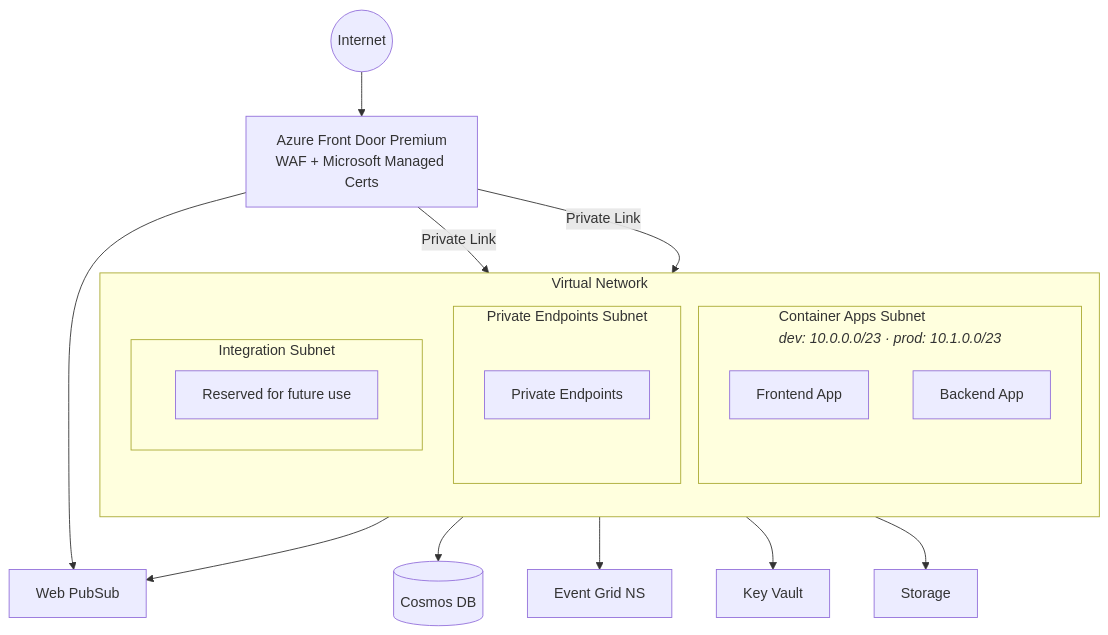
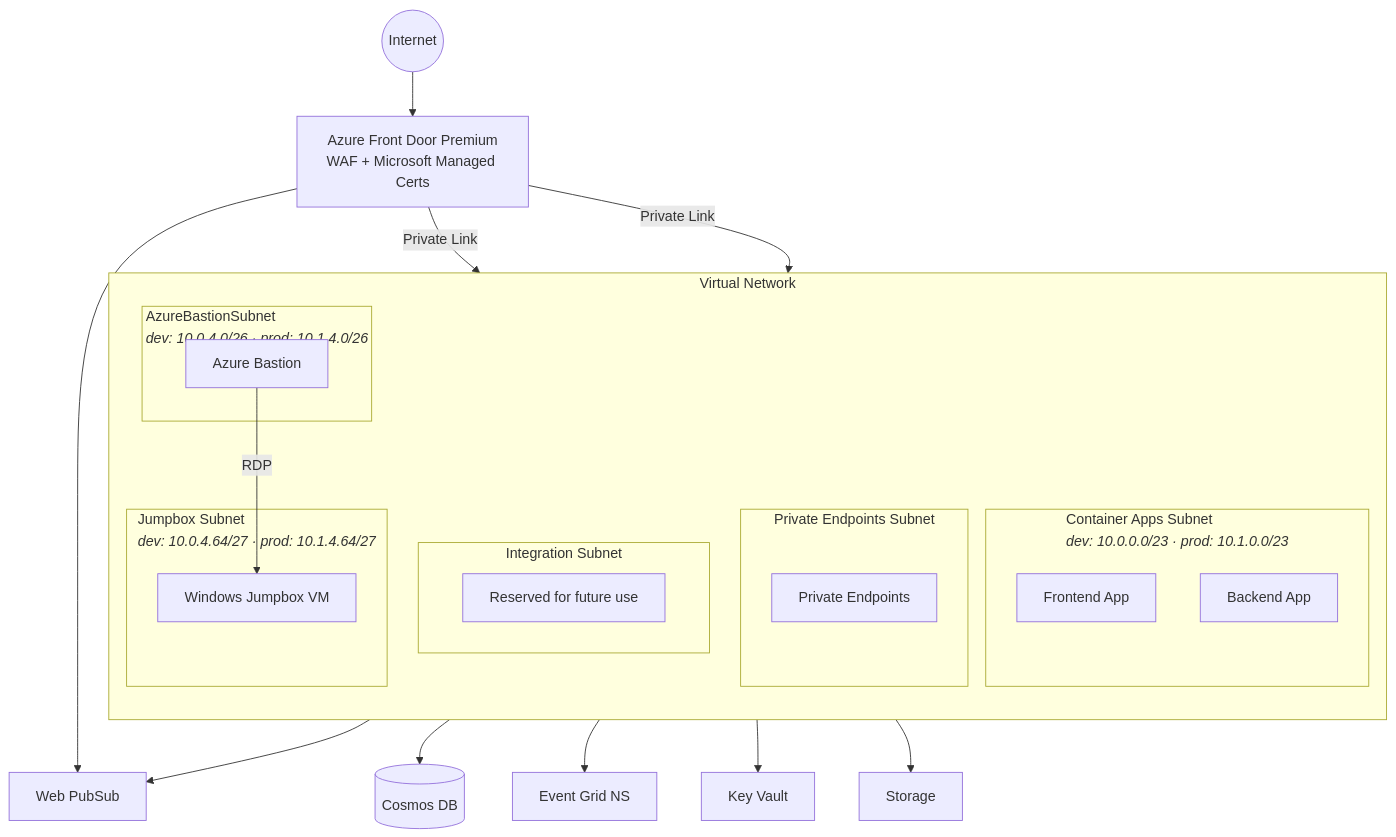
The first of 2 diagrams in README.md (christopherhouse/Azure-Integration-Copilot), drawn with Mermaid before and after one commit. The commit also changed other lines of this file and 1 other file, not shown here.

First line of the commit message:
docs: add Azure Bastion and jumpbox VM to infrastructure documentation

````diff
--- a/README.md
+++ b/README.md
@@ -160,27 +163,34 @@
 ```mermaid
 graph TB
     subgraph VNet ["Virtual Network"]
         direction TB
         subgraph CAE ["Container Apps Subnet<br/><i>dev: 10.0.0.0/23 · prod: 10.1.0.0/23</i>"]
             FE[Frontend App]
             BE[Backend App]
         end
         subgraph PES ["Private Endpoints Subnet"]
             PE[Private Endpoints]
         end
         subgraph INT ["Integration Subnet"]
             RS[Reserved for future use]
         end
+        subgraph BAS ["AzureBastionSubnet<br/><i>dev: 10.0.4.0/26 · prod: 10.1.4.0/26</i>"]
+            BASTION[Azure Bastion]
+        end
+        subgraph JB ["Jumpbox Subnet<br/><i>dev: 10.0.4.64/27 · prod: 10.1.4.64/27</i>"]
+            VM[Windows Jumpbox VM]
+        end
     end
 
     AFD[Azure Front Door Premium<br/>WAF + Microsoft Managed Certs]
     Internet((Internet)) --> AFD
     AFD -- "Private Link" --> FE
     AFD -- "Private Link" --> BE
     AFD --> WPS[Web PubSub]
     PE --> CosmosDB[(Cosmos DB)]
     PE --> EG[Event Grid NS]
     PE --> KV[Key Vault]
     PE --> SA[Storage]
     PE --> WPS
+    BASTION -- "RDP" --> VM
 ```
````
